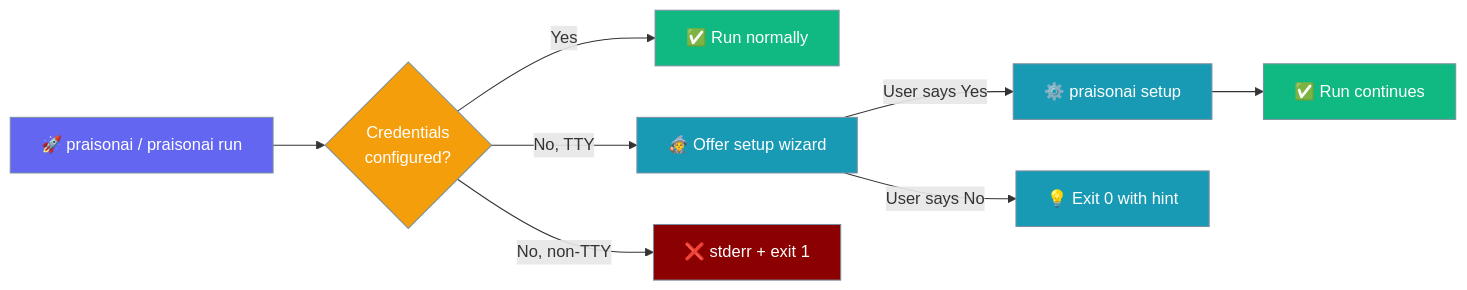
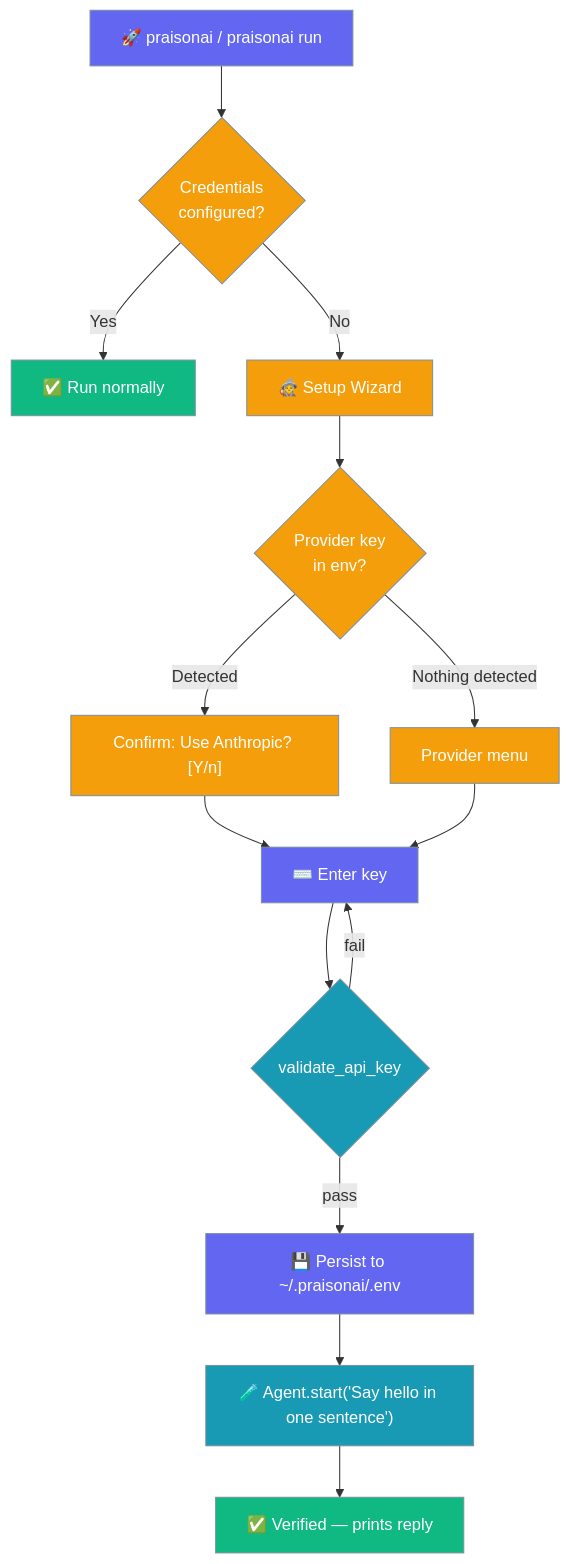
The first of 2 diagrams in docs/features/first-run-onboarding.mdx (MervinPraison/PraisonAIDocs), drawn with Mermaid before and after one commit. The commit also changed other lines of this file and 1 other file, not shown here.

First line of the commit message:
docs: reflect auto-detect, key validation, and smoke-test in setup onboarding (fixes #1630)

````diff
--- a/docs/features/first-run-onboarding.mdx
+++ b/docs/features/first-run-onboarding.mdx
@@ -22,24 +22,32 @@
 ```mermaid
-graph LR
+graph TB
     A[🚀 praisonai / praisonai run] --> B{Credentials<br/>configured?}
     B -->|Yes| C[✅ Run normally]
-    B -->|No, TTY| D[🧙 Offer setup wizard]
-    B -->|No, non-TTY| E[❌ stderr + exit 1]
-    D -->|User says Yes| F[⚙️ praisonai setup]
-    D -->|User says No| G[💡 Exit 0 with hint]
-    F --> H[✅ Run continues]
+    B -->|No| D[🧙 Setup Wizard]
+    D --> AD{Provider key<br/>in env?}
+    AD -->|Detected| CF["Confirm: Use Anthropic? [Y/n]"]
+    AD -->|Nothing detected| MENU[Provider menu]
+    CF --> K[⌨️ Enter key]
+    MENU --> K
+    K --> V{validate_api_key}
+    V -->|fail| K
+    V -->|pass| P[💾 Persist to ~/.praisonai/.env]
+    P --> S["🧪 Agent.start('Say hello in one sentence')"]
+    S --> DONE[✅ Verified — prints reply]
 
     classDef start fill:#6366F1,stroke:#7C90A0,color:#fff
     classDef check fill:#F59E0B,stroke:#7C90A0,color:#fff
     classDef success fill:#10B981,stroke:#7C90A0,color:#fff
-    classDef error fill:#8B0000,stroke:#7C90A0,color:#fff
-    classDef wizard fill:#189AB4,stroke:#7C90A0,color:#fff
+    classDef validate fill:#189AB4,stroke:#7C90A0,color:#fff
+    classDef fail fill:#8B0000,stroke:#7C90A0,color:#fff
+    classDef wizard fill:#F59E0B,stroke:#7C90A0,color:#fff
+    classDef input fill:#6366F1,stroke:#7C90A0,color:#fff
 
     class A start
-    class B check
-    class C,H success
-    class E error
-    class D,F wizard
-    class G wizard
-
+    class B,AD check
+    class C,DONE success
+    class D,CF,MENU wizard
+    class K,P input
+    class V validate
+    class S validate
 ```
````
